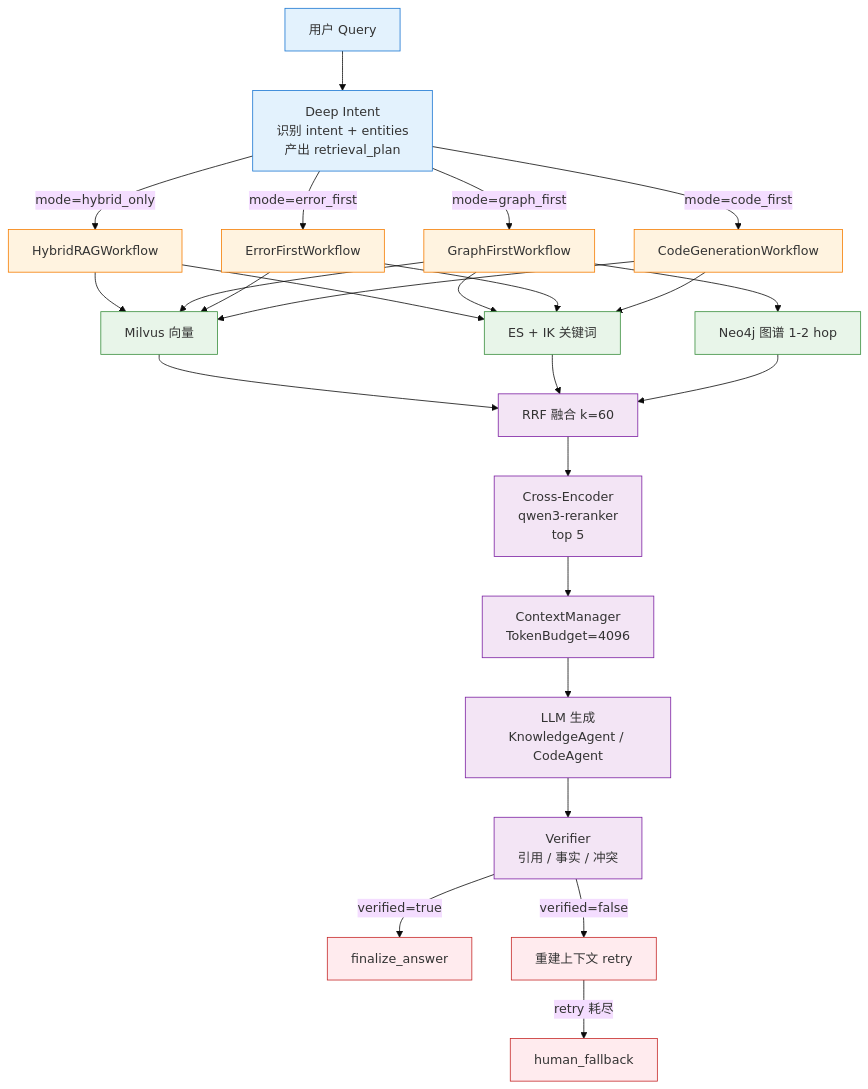
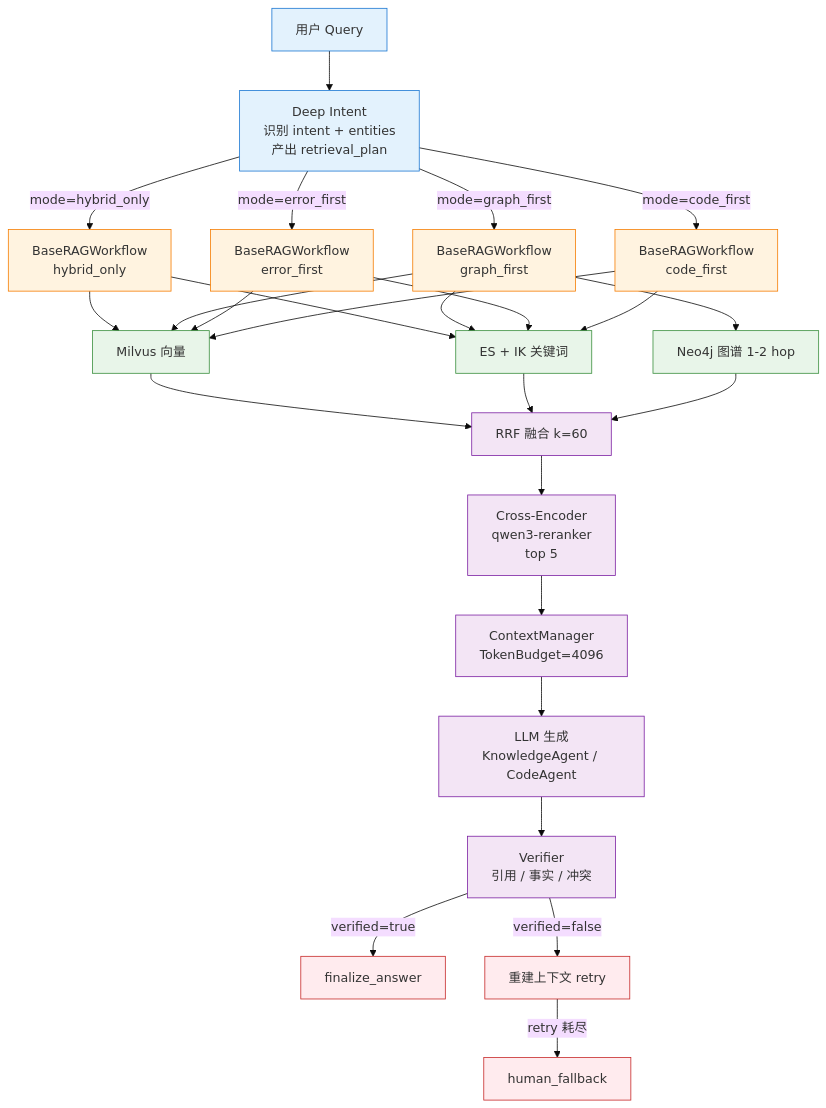
The first of 3 diagrams in technical_deep_dive/主题/01-RAG核心链路.md (jackone666/enterprise_agentic_rag), drawn with Mermaid (base theme) before and after one commit. The commit also changed other lines of this file and 13 other files, not shown here.

````diff
--- a/technical_deep_dive/主题/01-RAG核心链路.md
+++ b/technical_deep_dive/主题/01-RAG核心链路.md
@@ -206,42 +206,42 @@
 ```mermaid
 graph TB
     Q[用户 Query] --> DI[Deep Intent<br/>识别 intent + entities<br/>产出 retrieval_plan]
-    DI -->|mode=hybrid_only| HRW[HybridRAGWorkflow]
-    DI -->|mode=graph_first| GFW[GraphFirstWorkflow]
-    DI -->|mode=error_first| EFW[ErrorFirstWorkflow]
-    DI -->|mode=code_first| CGW[CodeGenerationWorkflow]
+    DI -->|mode=hybrid_only| HRW[BaseRAGWorkflow<br/>hybrid_only]
+    DI -->|mode=graph_first| GFW[BaseRAGWorkflow<br/>graph_first]
+    DI -->|mode=error_first| EFW[BaseRAGWorkflow<br/>error_first]
+    DI -->|mode=code_first| CGW[BaseRAGWorkflow<br/>code_first]
 
     HRW --> M[Milvus 向量]
     HRW --> E[ES + IK 关键词]
     GFW --> M
     GFW --> E
     GFW --> N[Neo4j 图谱 1-2 hop]
     EFW --> M
     EFW --> E
     CGW --> M
     CGW --> E
 
     M --> RR[RRF 融合 k=60]
     E --> RR
     N --> RR
 
     RR --> RRK[Cross-Encoder<br/>qwen3-reranker<br/>top 5]
     RRK --> CM[ContextManager<br/>TokenBudget=4096]
 
     CM --> LLM[LLM 生成<br/>KnowledgeAgent / CodeAgent]
     LLM --> V[Verifier<br/>引用 / 事实 / 冲突]
     V -->|verified=true| F[finalize_answer]
     V -->|verified=false| R[重建上下文 retry]
     R -->|retry 耗尽| HF[human_fallback]
 
     classDef io fill:#E3F2FD,stroke:#1976D2
     classDef wf fill:#FFF3E0,stroke:#F57C00
     classDef store fill:#E8F5E9,stroke:#388E3C
     classDef gen fill:#F3E5F5,stroke:#7B1FA2
     classDef fb fill:#FFEBEE,stroke:#C62828
     class Q,DI io
     class HRW,GFW,EFW,CGW wf
     class M,E,N store
     class RR,RRK,CM,LLM,V gen
     class F,R,HF fb
 ```
````
